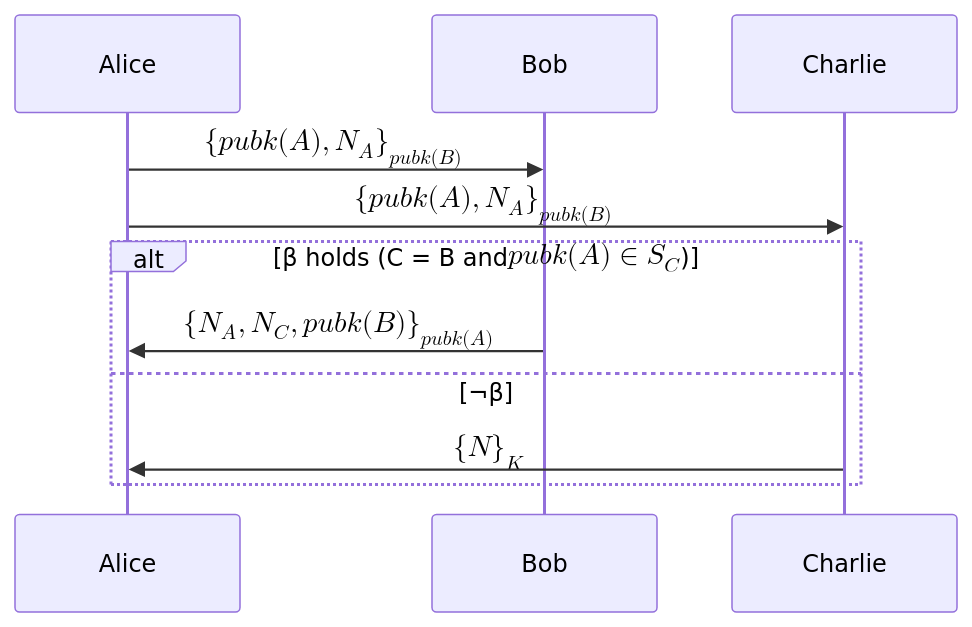
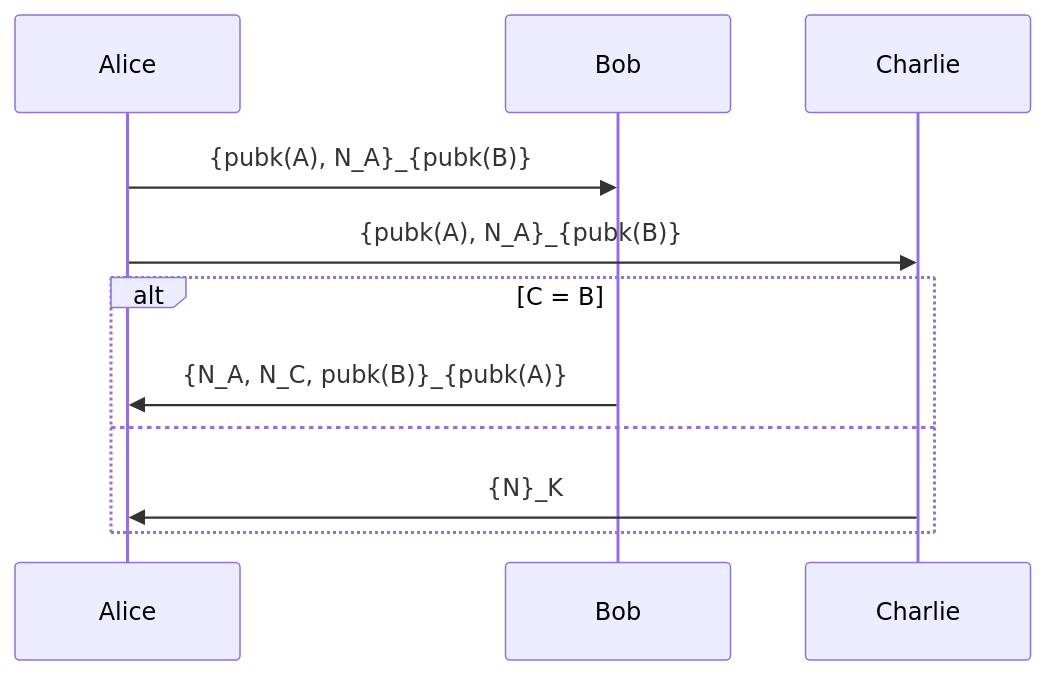
Before and after one commit to ChihChengLiang/notes: the first of 2 diagrams in notes/fv_privacy/slides.md, drawn with Mermaid. The commit also changed other lines of this file and 1 other file, not shown here.

````diff
--- a/notes/fv_privacy/slides.md
+++ b/notes/fv_privacy/slides.md
@@ -115,15 +114,15 @@
 ```mermaid
 sequenceDiagram
     participant A as Alice
     participant B as Bob
     participant C as Charlie
 
-    A->>B: $$\{ pubk(A), N_A \}_{pubk(B)}$$
-    A->>C: $$\{ pubk(A), N_A \}_{pubk(B)}$$
+    A->>B: {pubk(A), N_A}_{pubk(B)}
+    A->>C: {pubk(A), N_A}_{pubk(B)}
 
-    alt β holds (C = B and $$pubk(A) ∈ S_C$$)
-        B->>A: $$\{ N_A, N_C, pubk(B) \}_{pubk(A)}$$
-    else ¬β
-        C->>A: $$\{N\}_K$$
+    alt C = B
+        B->>A: {N_A, N_C, pubk(B)}_{pubk(A)}
+    else
+        C->>A: {N}_K
     end
 ```
````
